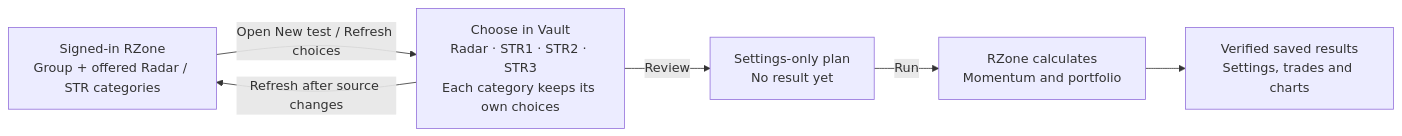
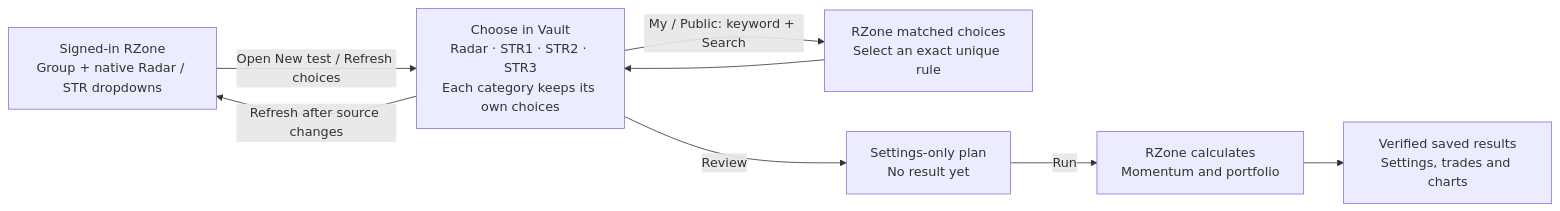
One commit to mamamiya7/backtest-vault changed the third of 12 diagrams in README.md. Above: the diagram before and after it, drawn with Mermaid. The commit also changed other lines of this file and 22 other files, not shown here.

````diff
--- a/README.md
+++ b/README.md
@@ -54,8 +54,10 @@
 ```mermaid
 flowchart LR
-    A["Signed-in RZone<br/>Group + offered Radar / STR categories"] -->|"Open New test / Refresh choices"| B["Choose in Vault<br/>Radar · STR1 · STR2 · STR3<br/>Each category keeps its own choices"]
+    A["Signed-in RZone<br/>Group + native Radar / STR dropdowns"] -->|"Open New test / Refresh choices"| B["Choose in Vault<br/>Radar · STR1 · STR2 · STR3<br/>Each category keeps its own choices"]
+    B -->|"My / Public: keyword + Search"| Q["RZone matched choices<br/>Select an exact unique rule"]
+    Q --> B
     B -->|"Refresh after source changes"| A
     B -->|"Review"| C["Settings-only plan<br/>No result yet"]
     C -->|"Run"| D["RZone calculates<br/>Momentum and portfolio"]
     D --> E["Verified saved results<br/>Settings, trades and charts"]
 ```
````
